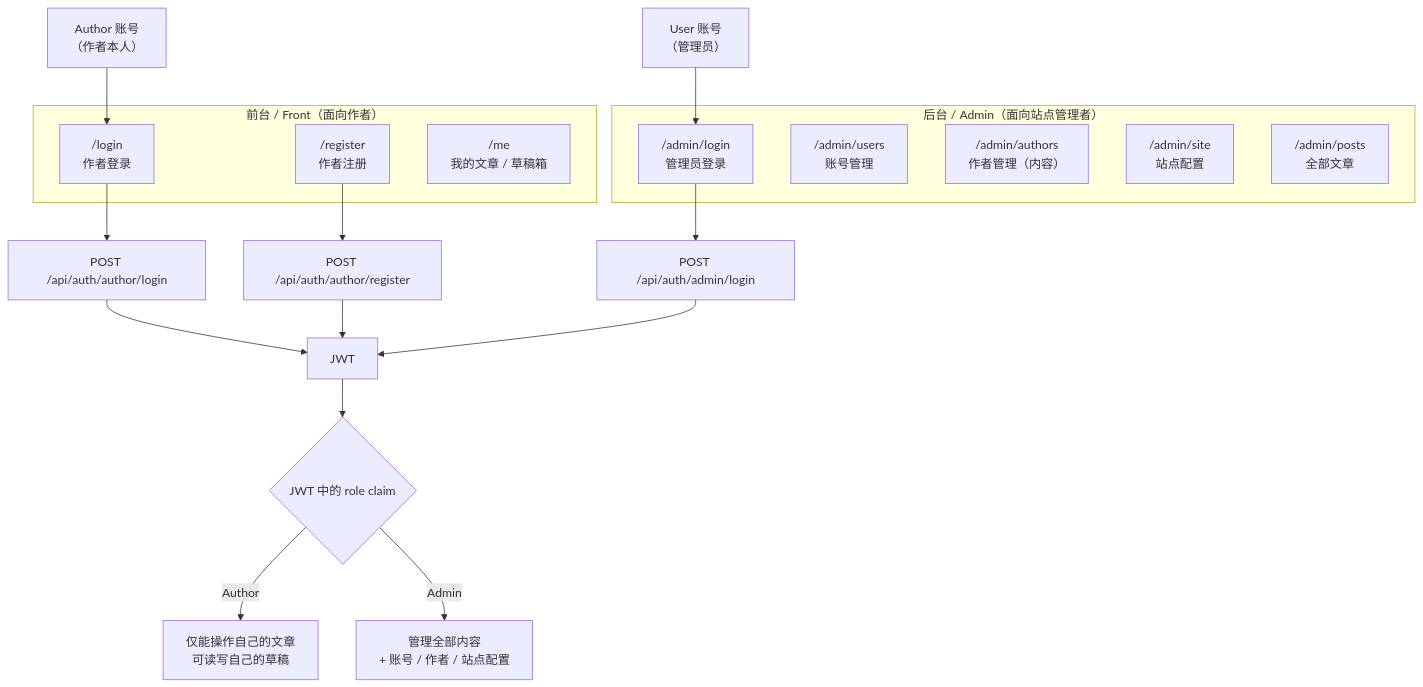
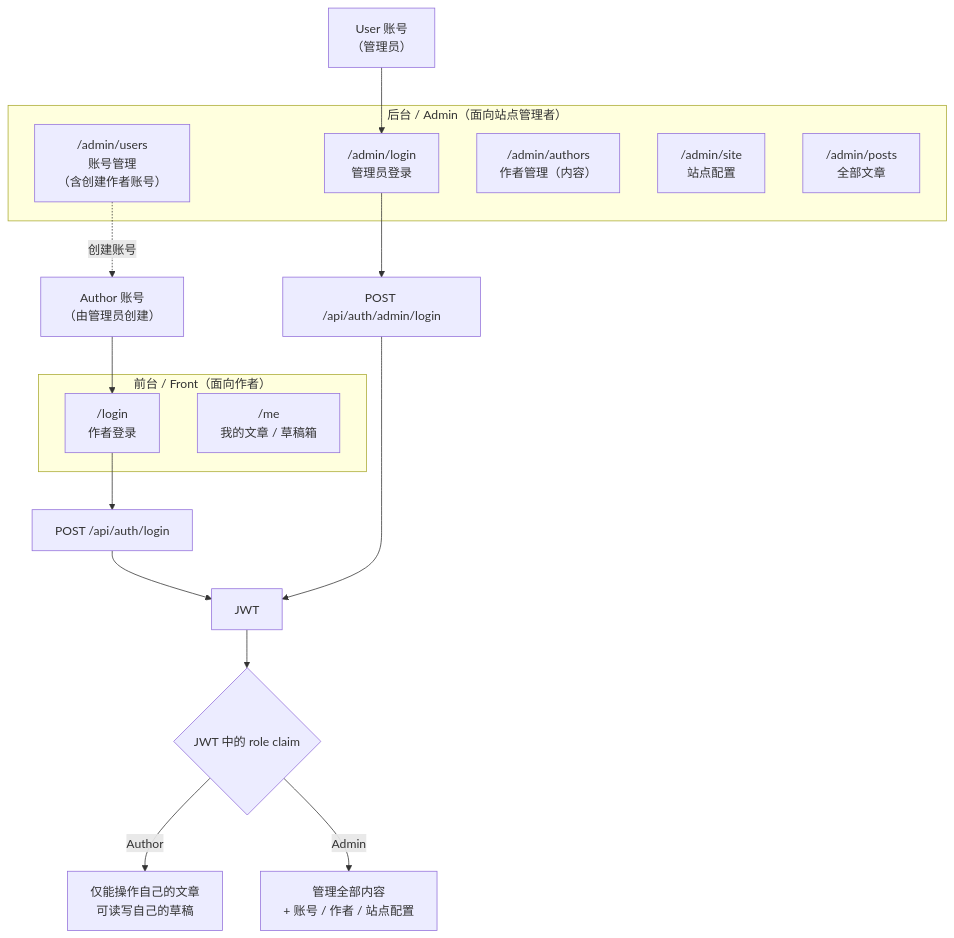
One commit to whyitsy/blog-CI-CD changed the first of 2 diagrams in docs/tech.md. Above: the diagram before and after it, drawn with Mermaid. The commit also changed other lines of this file and 7 other files, not shown here.

````diff
--- a/docs/tech.md
+++ b/docs/tech.md
@@ -148,26 +155,24 @@
 ```mermaid
 flowchart TB
   subgraph FE["前台 / Front（面向作者）"]
     FL["/login<br/>作者登录"]
-    FR["/register<br/>作者注册"]
     FC["/me<br/>我的文章 / 草稿箱"]
   end
   subgraph BE["后台 / Admin（面向站点管理者）"]
     AL["/admin/login<br/>管理员登录"]
-    AU["/admin/users<br/>账号管理"]
+    AU["/admin/users<br/>账号管理<br/>（含创建作者账号）"]
     AA["/admin/authors<br/>作者管理（内容）"]
     AS["/admin/site<br/>站点配置"]
     AP["/admin/posts<br/>全部文章"]
   end
-  U1["Author 账号<br/>（作者本人）"] --> FL
+  U1["Author 账号<br/>（由管理员创建）"] --> FL
   U2["User 账号<br/>（管理员）"] --> AL
-  FL --> API["POST /api/auth/author/login"]
-  FR --> API2["POST /api/auth/author/register"]
+  FL --> API["POST /api/auth/login"]
   AL --> API3["POST /api/auth/admin/login"]
   API --> T["JWT"]
-  API2 --> T
   API3 --> T
   T --> P{"JWT 中的 role claim"}
   P -->|"Author"| S1["仅能操作自己的文章<br/>可读写自己的草稿"]
   P -->|"Admin"| S2["管理全部内容<br/>+ 账号 / 作者 / 站点配置"]
+  AU -.->|"创建账号"| U1
 ```
````
